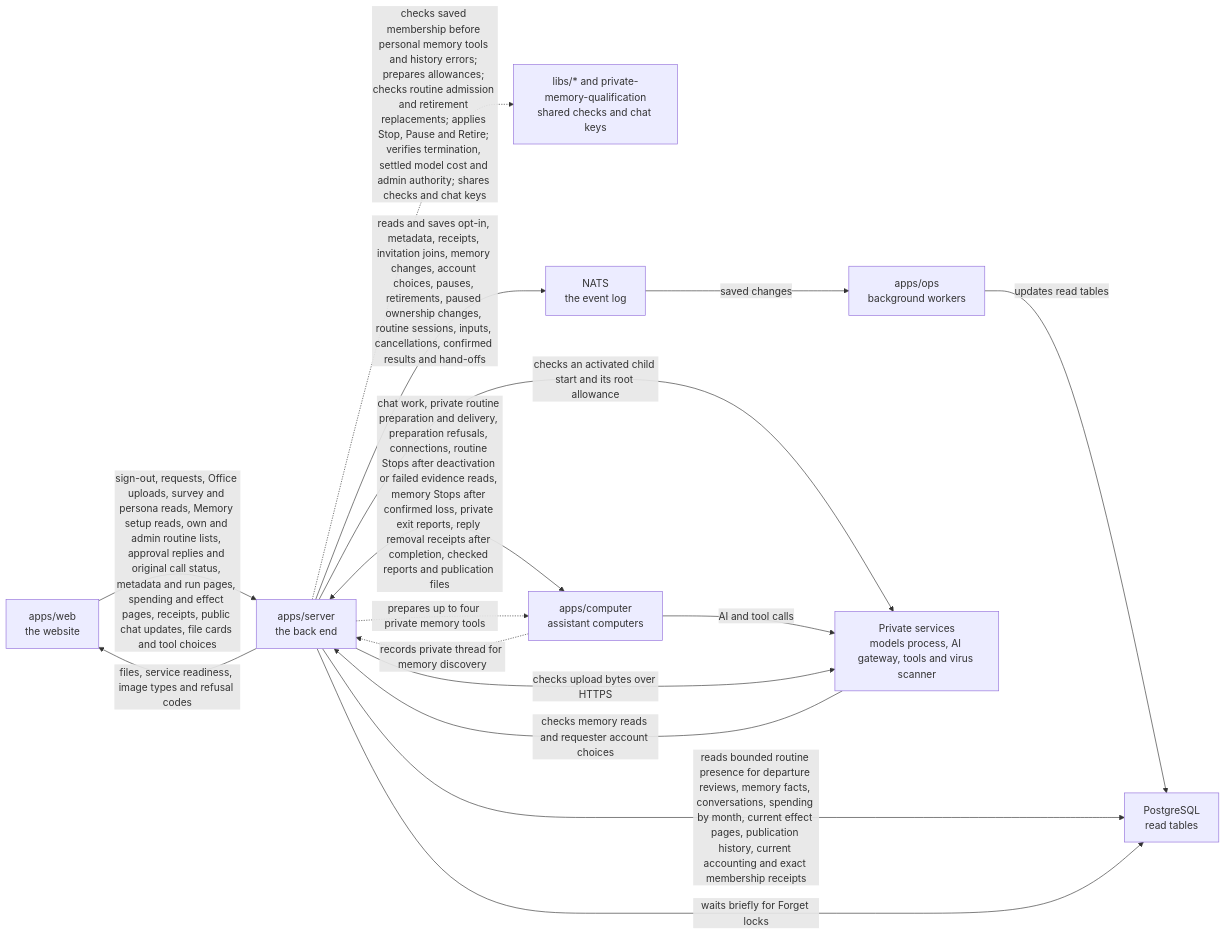
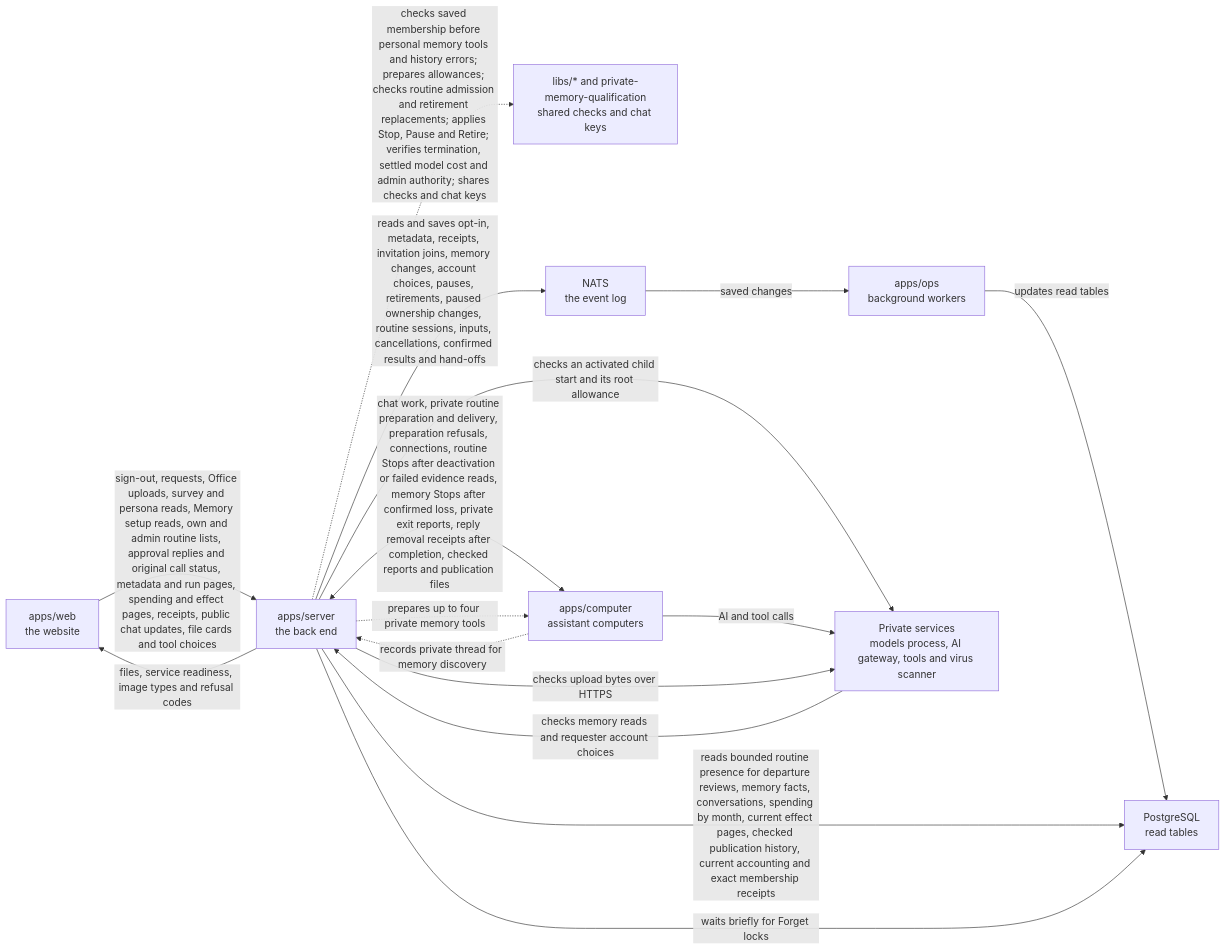
Before and after one commit to elewa-git/opencrane-new: the diagram in apps/server/README.md, drawn with Mermaid. The commit also changed other lines of this file and 8 other files, not shown here.

````diff
--- a/apps/server/README.md
+++ b/apps/server/README.md
@@ -205,18 +206,18 @@
 ```mermaid
 flowchart LR
   web["apps/web<br/>the website"] -->|sign-out, requests, Office uploads, survey and persona reads, Memory setup reads, own and admin routine lists, approval replies and original call status, metadata and run pages, spending and effect pages, receipts, public chat updates, file cards and tool choices| server["apps/server<br/>the back end"]
   server -.->|checks saved membership before personal memory tools and history errors; prepares allowances; checks routine admission and retirement replacements; applies Stop, Pause and Retire; verifies termination, settled model cost and admin authority; shares checks and chat keys| libs["libs/* and private-memory-qualification<br/>shared checks and chat keys"]
   server -->|reads and saves opt-in, metadata, receipts, invitation joins, memory changes, account choices, pauses, retirements, paused ownership changes, routine sessions, inputs, cancellations, confirmed results and hand-offs| nats["NATS<br/>the event log"]
   nats -->|saved changes| ops["apps/ops<br/>background workers"]
   ops -->|updates read tables| postgres["PostgreSQL<br/>read tables"]
-  server -->|reads bounded routine presence for departure reviews, memory facts, conversations, spending by month, current effect pages, publication history, current accounting and exact membership receipts| postgres
+  server -->|reads bounded routine presence for departure reviews, memory facts, conversations, spending by month, current effect pages, checked publication history, current accounting and exact membership receipts| postgres
   server -->|waits briefly for Forget locks| postgres
   server <-->|chat work, private routine preparation and delivery, preparation refusals, connections, routine Stops after deactivation or failed evidence reads, memory Stops after confirmed loss, private exit reports, reply removal receipts after completion, checked reports and publication files| computer["apps/computer<br/>assistant computers"]
   server -->|checks an activated child start and its root allowance| runtime
   computer -.->|records private thread for memory discovery| server
   server -.->|prepares up to four private memory tools| computer
   computer -->|AI and tool calls| runtime["Private services<br/>models process, AI gateway, tools and virus scanner"]
   server -->|files, service readiness, image types and refusal codes| web
   server -->|checks upload bytes over HTTPS| runtime
   runtime -->|checks memory reads and requester account choices| server
 ```
````
